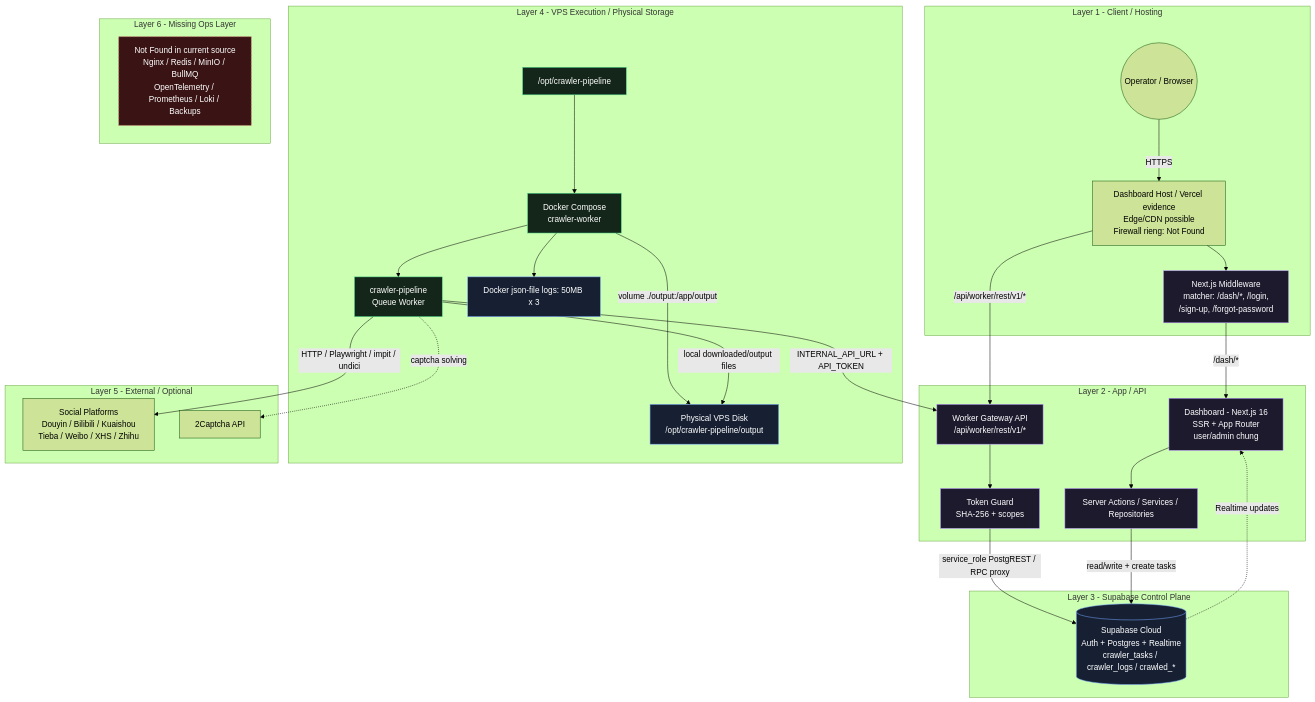
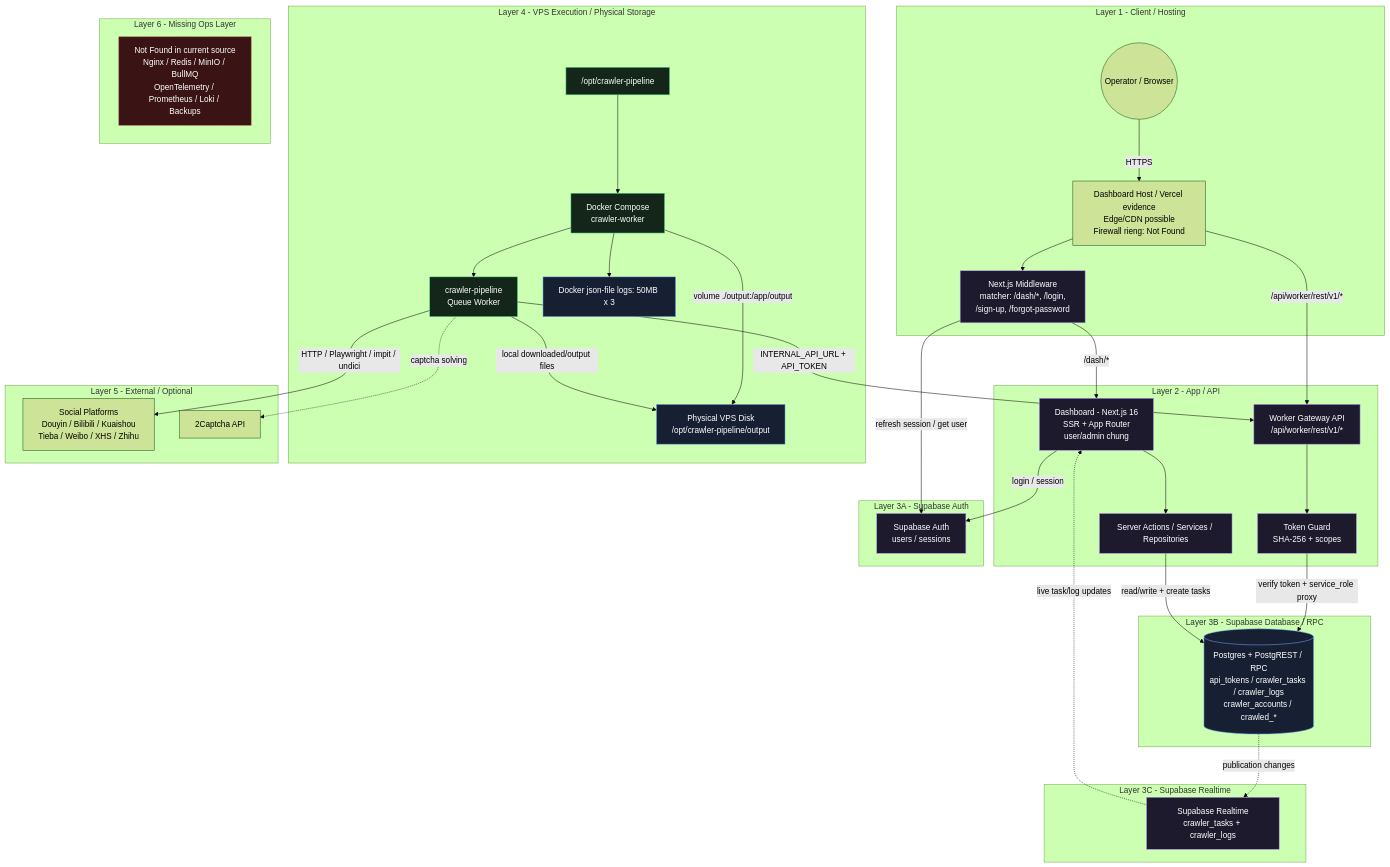
One commit to daclong120-del/creative-lutech changed the first of 9 diagrams in .agents/docs/ARCHITECTURE.md. Above: the diagram before and after it, drawn with Mermaid (forest theme). The commit also changed 30 other files, not shown here.

Commit message:
docs: add architecture documentation and developer comments rules

````diff
--- a/.agents/docs/ARCHITECTURE.md
+++ b/.agents/docs/ARCHITECTURE.md
@@ -99,67 +99,78 @@
 ```mermaid
 graph TD
     subgraph L1["Layer 1 - Client / Hosting"]
         User(("Operator / Browser"))
         Host["Dashboard Host / Vercel evidence<br/>Edge/CDN possible<br/>Firewall rieng: Not Found"]
         Middleware["Next.js Middleware<br/>matcher: /dash/*, /login,<br/>/sign-up, /forgot-password"]
     end
 
     subgraph L2["Layer 2 - App / API"]
         Dashboard["Dashboard - Next.js 16<br/>SSR + App Router<br/>user/admin chung"]
         AppBackend["Server Actions / Services / Repositories"]
         WorkerAPI["Worker Gateway API<br/>/api/worker/rest/v1/*"]
         TokenGuard["Token Guard<br/>SHA-256 + scopes"]
     end
 
-    subgraph L3["Layer 3 - Supabase Control Plane"]
-        Supabase[("Supabase Cloud<br/>Auth + Postgres + Realtime<br/>crawler_tasks / crawler_logs / crawled_*")]
+    subgraph L3A["Layer 3A - Supabase Auth"]
+        SupabaseAuth["Supabase Auth<br/>users / sessions"]
+    end
+
+    subgraph L3B["Layer 3B - Supabase Database / RPC"]
+        SupabaseDB[("Postgres + PostgREST / RPC<br/>api_tokens / crawler_tasks / crawler_logs<br/>crawler_accounts / crawled_*")]
+    end
+
+    subgraph L3C["Layer 3C - Supabase Realtime"]
+        SupabaseRealtime["Supabase Realtime<br/>crawler_tasks + crawler_logs"]
     end
 
     subgraph L4["Layer 4 - VPS Execution / Physical Storage"]
         VPSPath["/opt/crawler-pipeline"]
         Docker["Docker Compose<br/>crawler-worker"]
         Worker["crawler-pipeline<br/>Queue Worker"]
         OutputDisk["Physical VPS Disk<br/>/opt/crawler-pipeline/output"]
         DockerLogs["Docker json-file logs: 50MB x 3"]
     end
 
     subgraph L5["Layer 5 - External / Optional"]
         Platforms["Social Platforms<br/>Douyin / Bilibili / Kuaishou<br/>Tieba / Weibo / XHS / Zhihu"]
         TwoCaptcha["2Captcha API"]
     end
 
     subgraph L6["Layer 6 - Missing Ops Layer"]
         Missing["Not Found in current source<br/>Nginx / Redis / MinIO / BullMQ<br/>OpenTelemetry / Prometheus / Loki / Backups"]
     end
 
     User -->|HTTPS| Host
     Host --> Middleware
     Middleware -->|/dash/*| Dashboard
     Host -->|/api/worker/rest/v1/*| WorkerAPI
     WorkerAPI --> TokenGuard
-    TokenGuard -->|service_role PostgREST / RPC proxy| Supabase
+    TokenGuard -->|verify token + service_role proxy| SupabaseDB
 
     Dashboard --> AppBackend
-    AppBackend -->|read/write + create tasks| Supabase
-    Supabase -.->|Realtime updates| Dashboard
+    Middleware -->|refresh session / get user| SupabaseAuth
+    Dashboard -->|login / session| SupabaseAuth
+    AppBackend -->|read/write + create tasks| SupabaseDB
+    SupabaseDB -.->|publication changes| SupabaseRealtime
+    SupabaseRealtime -.->|live task/log updates| Dashboard
 
     VPSPath --> Docker
     Docker --> Worker
     Docker --> DockerLogs
     Docker -->|volume ./output:/app/output| OutputDisk
 
     Worker -->|INTERNAL_API_URL + API_TOKEN| WorkerAPI
     Worker -->|local downloaded/output files| OutputDisk
 
     Worker -->|HTTP / Playwright / impit / undici| Platforms
     Worker -.->|captcha solving| TwoCaptcha
 
     classDef missing fill:#3a1414,stroke:#e06666,color:#fff,stroke-dasharray:4 3
     classDef storage fill:#172033,stroke:#75a7ff,color:#fff
     classDef exec fill:#14261a,stroke:#4ad98a,color:#fff
     classDef app fill:#1d1a2e,stroke:#b48cff,color:#fff
     class Missing missing
-    class Supabase,OutputDisk,DockerLogs storage
+    class SupabaseDB,OutputDisk,DockerLogs storage
     class Worker,Docker,VPSPath exec
-    class Dashboard,AppBackend,Middleware,WorkerAPI,TokenGuard app
+    class Dashboard,AppBackend,Middleware,WorkerAPI,TokenGuard,SupabaseAuth,SupabaseRealtime app
 ```
````
